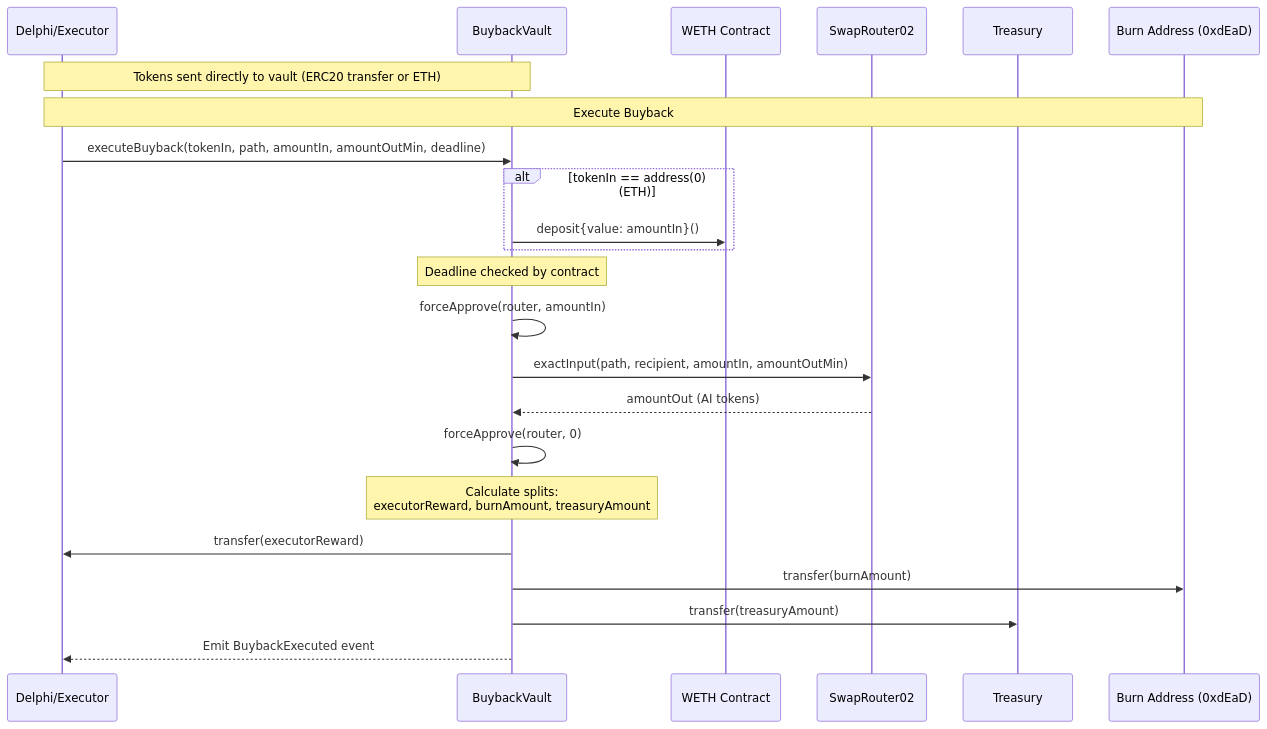
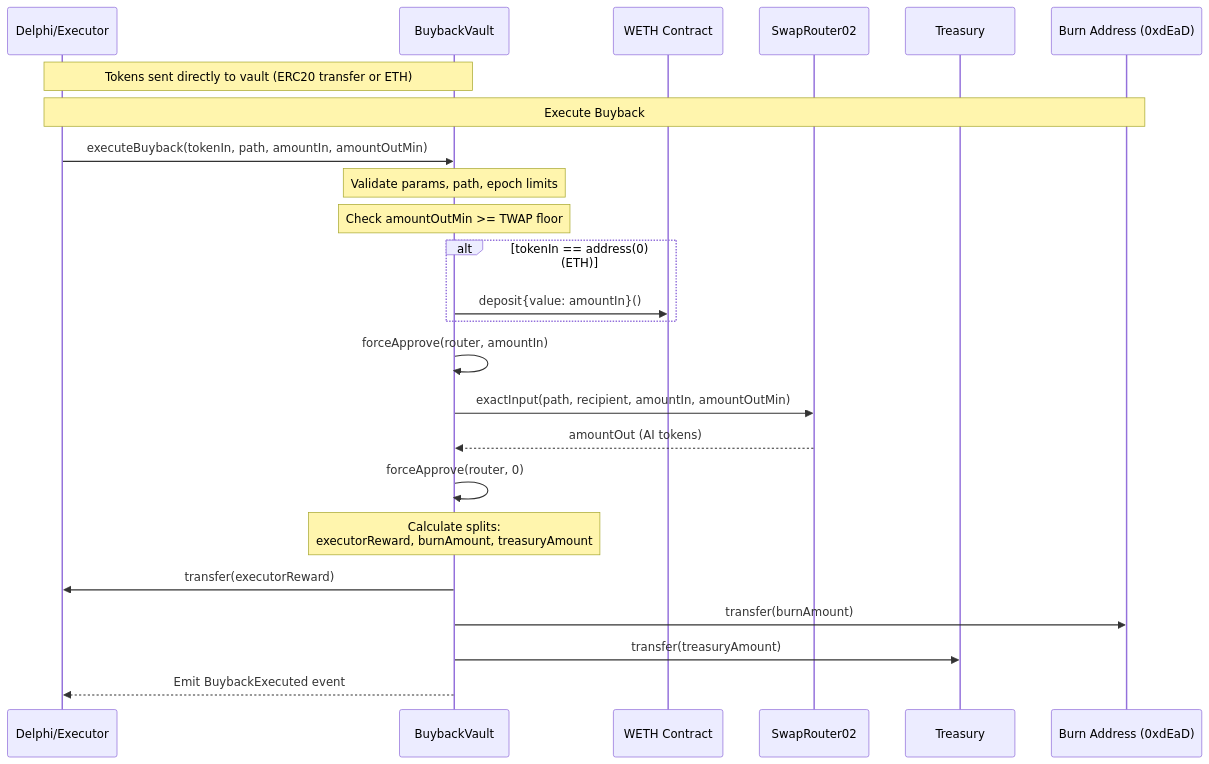
The first of 6 diagrams in docs/DESIGN.md (gensyn-network/gensyn-buyback), drawn with Mermaid before and after one commit. The commit also changed other lines of this file, not shown here.

First line of the commit message:
docs: remove deadline parameter from executeBuyback sequence diagram and add new admin functions to class diagram

````diff
--- a/docs/DESIGN.md
+++ b/docs/DESIGN.md
@@ -9,31 +9,32 @@
 ```mermaid
 sequenceDiagram
     participant User as Delphi/Executor
     participant Vault as BuybackVault
     participant WETH as WETH Contract
     participant Router as SwapRouter02
     participant Treasury
     participant Burn as Burn Address (0xdEaD)
 
     Note over User,Vault: Tokens sent directly to vault (ERC20 transfer or ETH)
 
     Note over User,Burn: Execute Buyback
-    User->>Vault: executeBuyback(tokenIn, path, amountIn, amountOutMin, deadline)
+    User->>Vault: executeBuyback(tokenIn, path, amountIn, amountOutMin)
+    
+    Note over Vault: Validate params, path, epoch limits
+    Note over Vault: Check amountOutMin >= TWAP floor
     
     alt tokenIn == address(0) (ETH)
         Vault->>WETH: deposit{value: amountIn}()
     end
-    
-    Note over Vault: Deadline checked by contract
     Vault->>Vault: forceApprove(router, amountIn)
     Vault->>Router: exactInput(path, recipient, amountIn, amountOutMin)
     Router-->>Vault: amountOut (AI tokens)
     Vault->>Vault: forceApprove(router, 0)
     
     Note over Vault: Calculate splits:<br/>executorReward, burnAmount, treasuryAmount
     
     Vault->>User: transfer(executorReward)
     Vault->>Burn: transfer(burnAmount)
     Vault->>Treasury: transfer(treasuryAmount)
     Vault-->>User: Emit BuybackExecuted event
 ```
````
